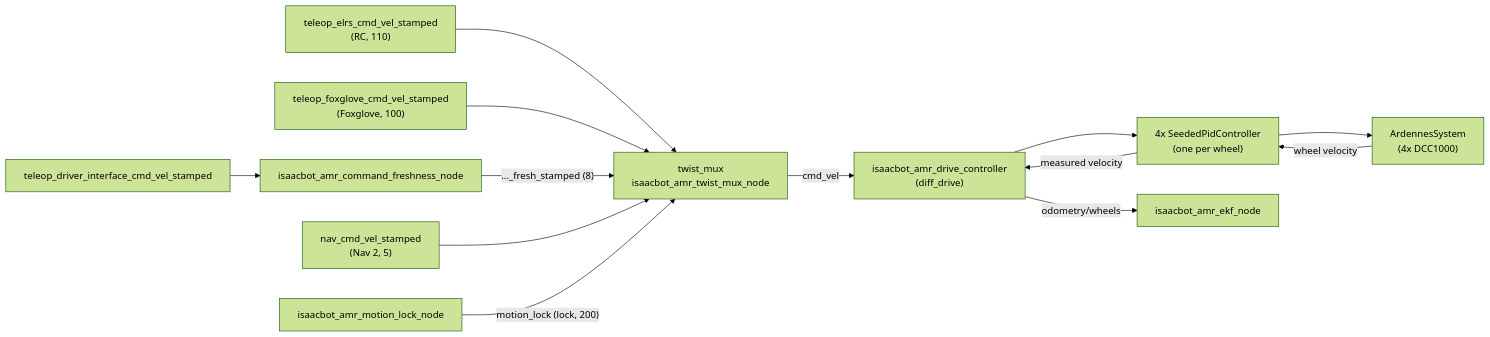
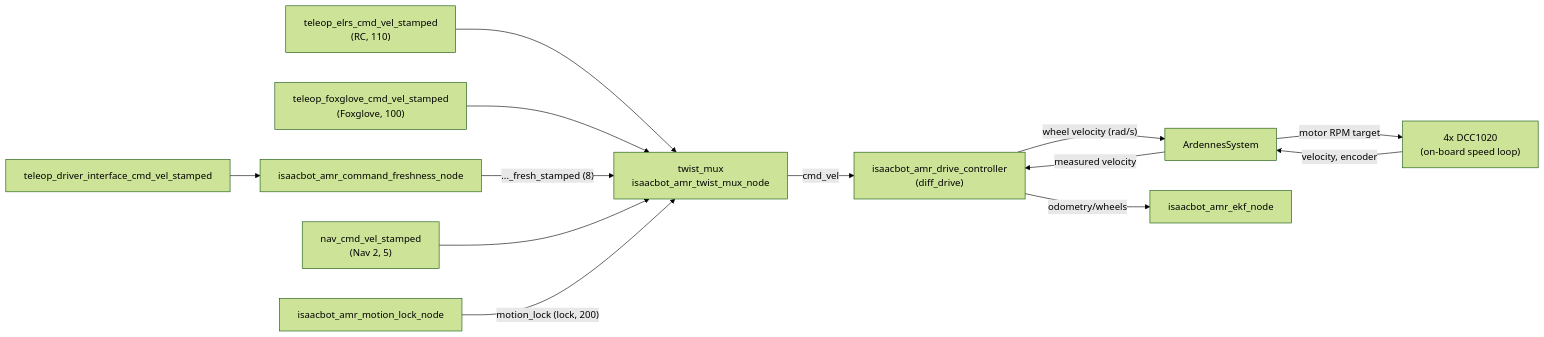
Before and after one commit to isaacbotsrl/isaacbot_amr_ros: the diagram in docs/software/drive-and-control.md, drawn with Mermaid (forest theme). The commit also changed other lines of this file and 54 other files, not shown here.

````diff
--- a/docs/software/drive-and-control.md
+++ b/docs/software/drive-and-control.md
@@ -9,15 +9,15 @@
 ```mermaid
 flowchart LR
   RC["teleop_elrs_cmd_vel_stamped<br/>(RC, 110)"] --> MUX
   FG["teleop_foxglove_cmd_vel_stamped<br/>(Foxglove, 100)"] --> MUX
   UI["teleop_driver_interface_cmd_vel_stamped"] --> FR["isaacbot_amr_command_freshness_node"]
   FR -->|"..._fresh_stamped (8)"| MUX
   NAV["nav_cmd_vel_stamped<br/>(Nav 2, 5)"] --> MUX
   ML["isaacbot_amr_motion_lock_node"] -->|"motion_lock (lock, 200)"| MUX
   MUX["twist_mux<br/>isaacbot_amr_twist_mux_node"] -->|"cmd_vel"| DD["isaacbot_amr_drive_controller<br/>(diff_drive)"]
-  DD --> P1["4x SeededPidController<br/>(one per wheel)"]
-  P1 --> HW["ArdennesSystem<br/>(4x DCC1000)"]
-  HW -->|"wheel velocity"| P1
-  P1 -->|"measured velocity"| DD
+  DD -->|"wheel velocity (rad/s)"| HW["ArdennesSystem"]
+  HW -->|"motor RPM target"| DCC["4x DCC1020<br/>(on-board speed loop)"]
+  DCC -->|"velocity, encoder"| HW
+  HW -->|"measured velocity"| DD
   DD -->|"odometry/wheels"| EKF["isaacbot_amr_ekf_node"]
 ```
````
